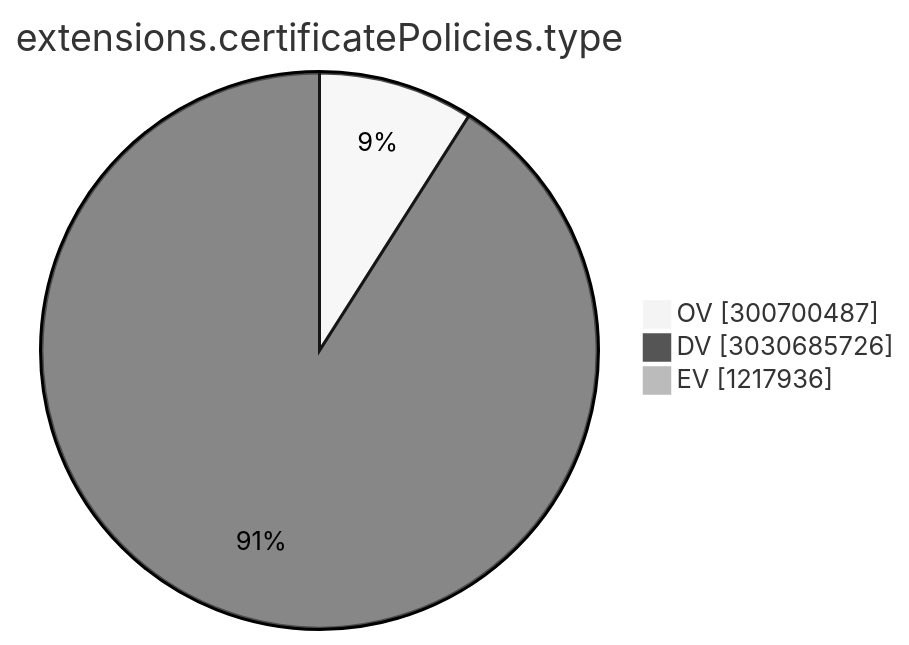
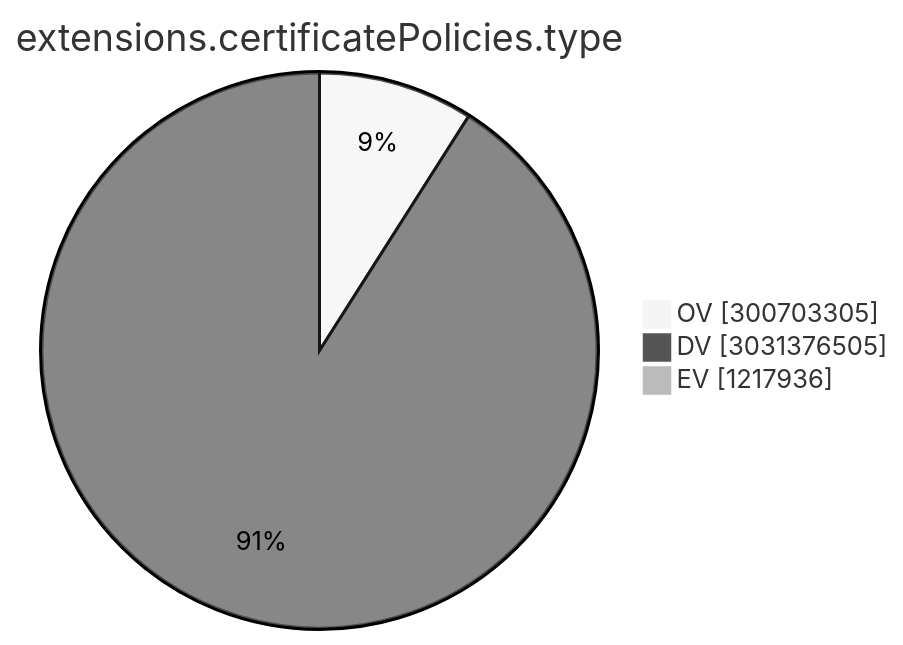
The ninth of 15 diagrams in TOTAL/README.md (christiankrug/ctmonitor_visualization), drawn with Mermaid (neutral theme) before and after one commit. The commit also changed other lines of this file, not shown here.

````diff
--- a/TOTAL/README.md
+++ b/TOTAL/README.md
@@ -3102,7 +3102,7 @@
 ```mermaid
 pie showData
 title extensions.certificatePolicies.type
-"OV" :300700487
-"DV" :3030685726
+"OV" :300703305
+"DV" :3031376505
 "EV" :1217936
 ```
````
